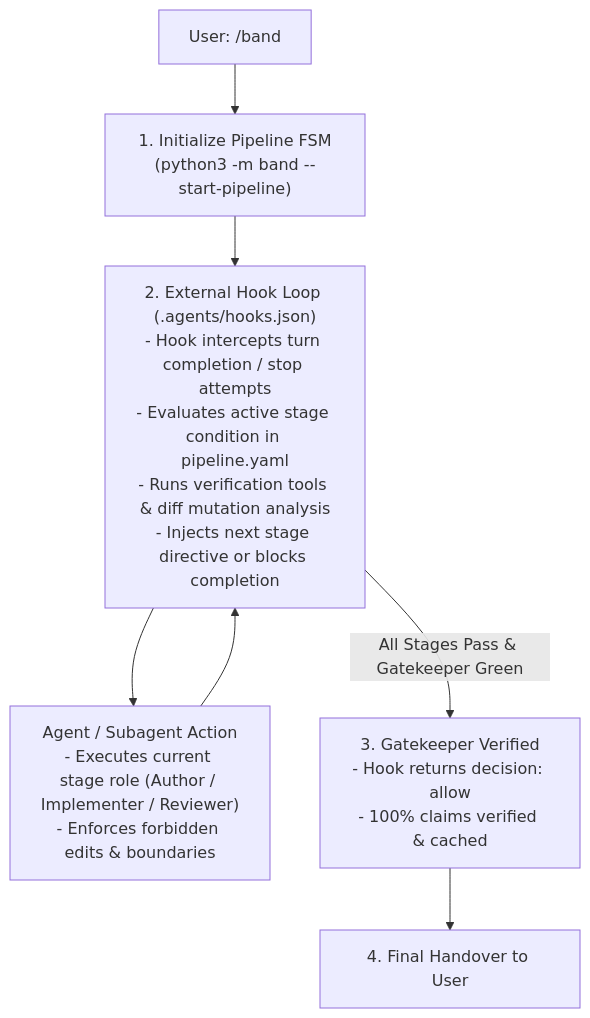
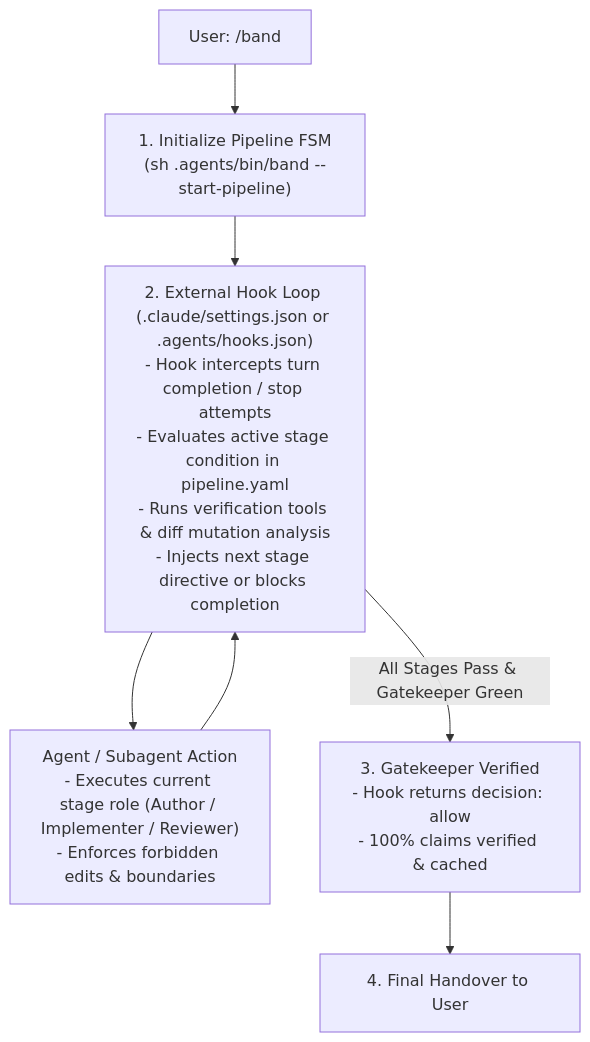
Before and after one commit to jiva-studio/band: the diagram in skills/band/SKILL.md, drawn with Mermaid. The commit also changed other lines of this file and 17 other files, not shown here.

````diff
--- a/skills/band/SKILL.md
+++ b/skills/band/SKILL.md
@@ -10,14 +10,14 @@
 ```mermaid
 flowchart TD
-    Trigger["User: /band"] --> InitFSM["1. Initialize Pipeline FSM\n(python3 -m band --start-pipeline)"]
+    Trigger["User: /band"] --> InitFSM["1. Initialize Pipeline FSM\n(sh .agents/bin/band --start-pipeline)"]
     
-    InitFSM --> HookLoop["2. External Hook Loop (.agents/hooks.json)\n- Hook intercepts turn completion / stop attempts\n- Evaluates active stage condition in pipeline.yaml\n- Runs verification tools & diff mutation analysis\n- Injects next stage directive or blocks completion"]
+    InitFSM --> HookLoop["2. External Hook Loop (.claude/settings.json or .agents/hooks.json)\n- Hook intercepts turn completion / stop attempts\n- Evaluates active stage condition in pipeline.yaml\n- Runs verification tools & diff mutation analysis\n- Injects next stage directive or blocks completion"]
     
     HookLoop --> StageAgent["Agent / Subagent Action\n- Executes current stage role (Author / Implementer / Reviewer)\n- Enforces forbidden edits & boundaries"]
     
     StageAgent --> HookLoop
     
     HookLoop -->|All Stages Pass & Gatekeeper Green| GatePass["3. Gatekeeper Verified\n- Hook returns decision: allow\n- 100% claims verified & cached"]
     
     GatePass --> Handover["4. Final Handover to User"]
 ```
````
